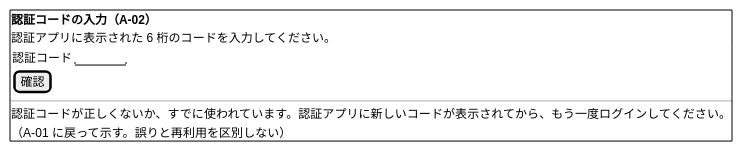
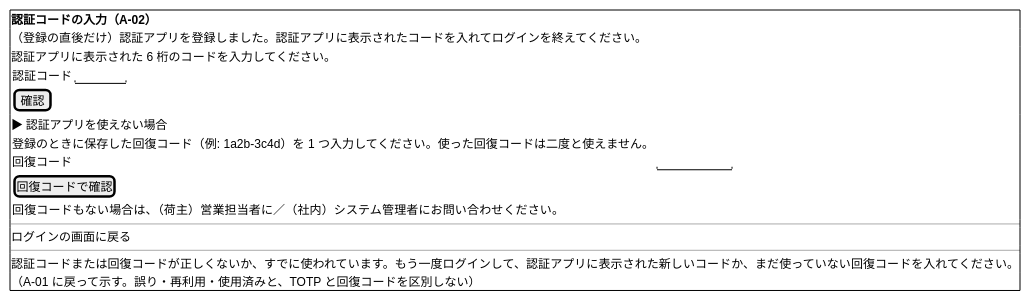
The ninth of 26 diagrams in docs/design/cargo-tracker/ui_design.md (k2works/practical-domain-driven-design-in-enterpris-application), drawn with PlantUML before and after one commit. The commit also changed other lines of this file and 8 other files, not shown here.

````diff
--- a/docs/design/cargo-tracker/ui_design.md
+++ b/docs/design/cargo-tracker/ui_design.md
@@ -495,15 +495,25 @@
 ```plantuml
 @startsalt
 {+
   <b>認証コードの入力（A-02）
+  （登録の直後だけ）認証アプリを登録しました。認証アプリに表示されたコードを入れてログインを終えてください。
   認証アプリに表示された 6 桁のコードを入力してください。
   {
     認証コード | "      "
     [ 確認 ]
   }
+  ▶ 認証アプリを使えない場合
+  {
+    登録のときに保存した回復コード（例: 1a2b-3c4d）を 1 つ入力してください。使った回復コードは二度と使えません。
+    回復コード | "         "
+    [ 回復コードで確認 ]
+    回復コードもない場合は、（荷主）営業担当者に／（社内）システム管理者にお問い合わせください。
+  }
   ---
-  認証コードが正しくないか、すでに使われています。認証アプリに新しいコードが表示されてから、もう一度ログインしてください。
-  （A-01 に戻って示す。誤りと再利用を区別しない）
+  ログインの画面に戻る
+  ---
+  認証コードまたは回復コードが正しくないか、すでに使われています。もう一度ログインして、認証アプリに表示された新しいコードか、まだ使っていない回復コードを入れてください。
+  （A-01 に戻って示す。誤り・再利用・使用済みと、TOTP と回復コードを区別しない）
 }
 @endsalt
 ```
````
